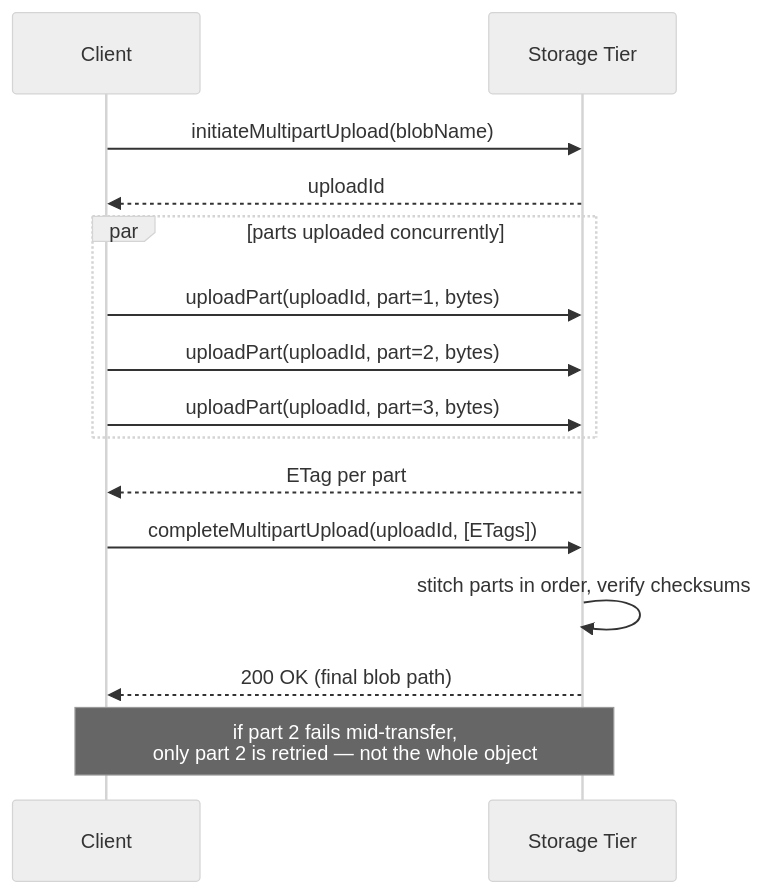
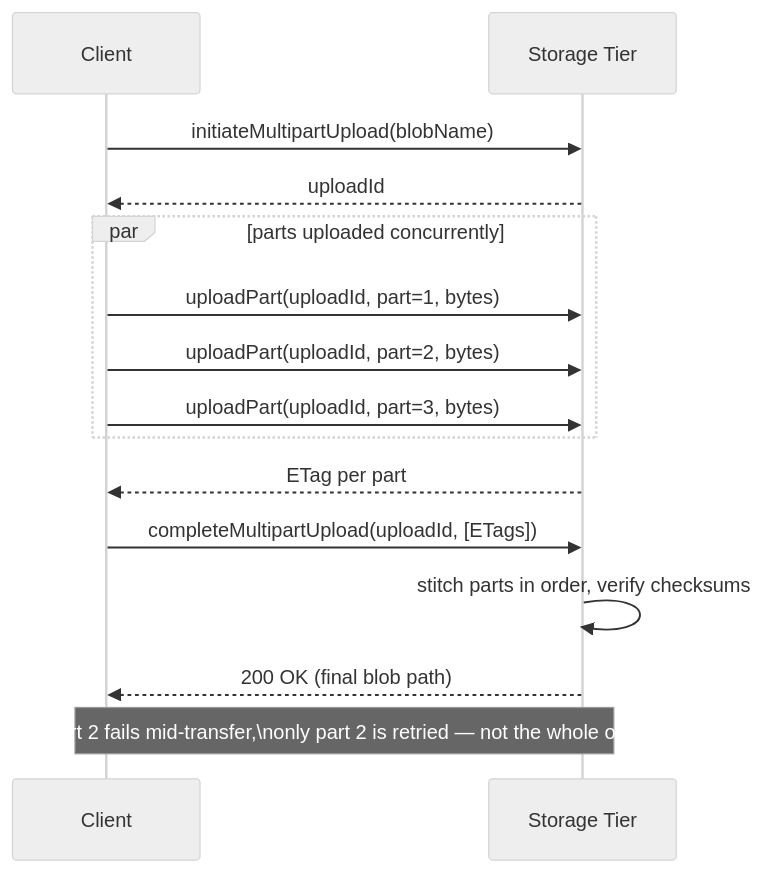
Before and after one commit to riyaz-pasha/Learnings: diagram 17 of 21 in system-design/HLD/0-course/20-Blob-Store-FAANG-Guide.md, drawn with Mermaid (neutral theme). The commit also changed other lines of this file and 1 other file, not shown here.

First line of the commit message:
improve readability and fix mermaid diagrams for Blob Store guides

````diff
--- a/system-design/HLD/0-course/20-Blob-Store-FAANG-Guide.md
+++ b/system-design/HLD/0-course/20-Blob-Store-FAANG-Guide.md
@@ -756,18 +706,20 @@
 ```mermaid
 sequenceDiagram
     participant C as Client
     participant S as Storage Tier
 
     C->>S: initiateMultipartUpload(blobName)
     S-->>C: uploadId
+
     par parts uploaded concurrently
         C->>S: uploadPart(uploadId, part=1, bytes)
         C->>S: uploadPart(uploadId, part=2, bytes)
         C->>S: uploadPart(uploadId, part=3, bytes)
     end
+
     S-->>C: ETag per part
     C->>S: completeMultipartUpload(uploadId, [ETags])
     S->>S: stitch parts in order, verify checksums
     S-->>C: 200 OK (final blob path)
-    Note over C,S: if part 2 fails mid-transfer,<br/>only part 2 is retried — not the whole object
+    Note over C,S: if part 2 fails mid-transfer,\nonly part 2 is retried — not the whole object
 ```
````
